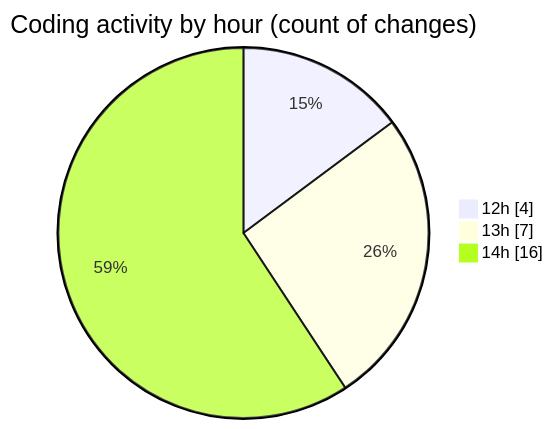
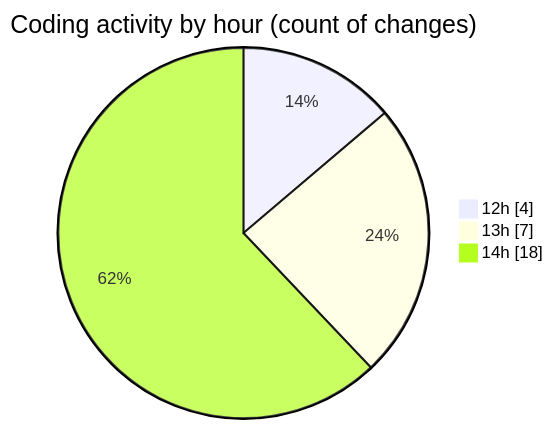
One commit to MatusMokan/code-tracking changed the second of 2 diagrams in 2025-10-25/untitled__workspace_/README.md. Above: the diagram before and after it, drawn with Mermaid. The commit also changed other lines of this file and 1 other file, not shown here.

````diff
--- a/2025-10-25/untitled__workspace_/README.md
+++ b/2025-10-25/untitled__workspace_/README.md
@@ -28,7 +28,7 @@
 ```mermaid
 pie showData
 title Coding activity by hour (count of changes)
 "12h" : 4
 "13h" : 7
-"14h" : 16
+"14h" : 18
 ```
````
